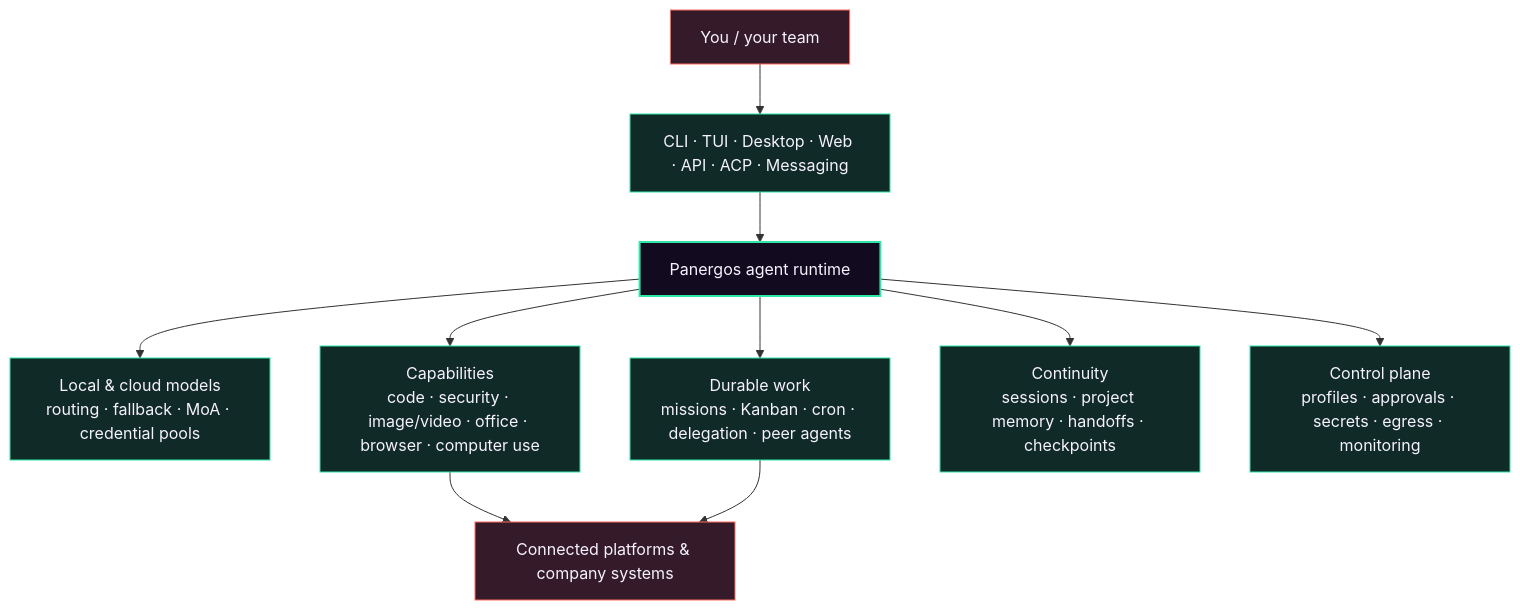
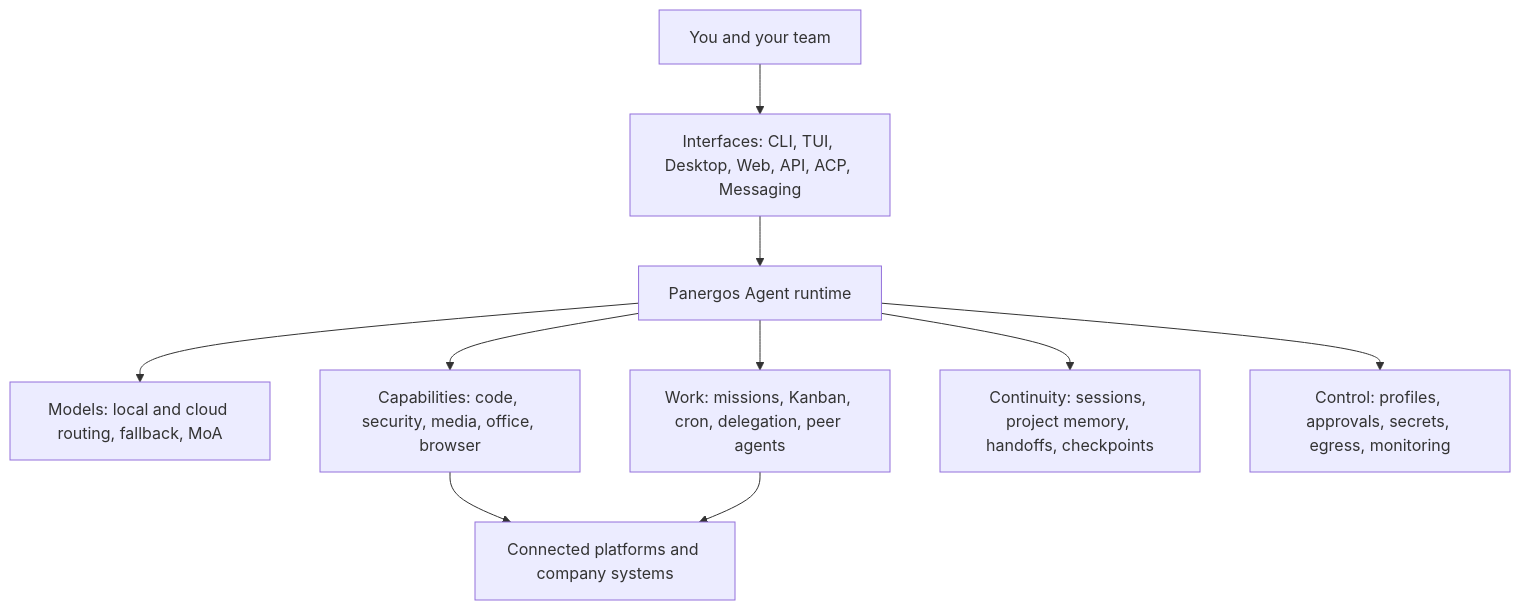
The diagram in README.md (khajaaijaz26/panergos-agent), drawn with Mermaid before and after one commit. The commit also changed other lines of this file and 152 other files, not shown here.

````diff
--- a/README.md
+++ b/README.md
@@ -259,19 +277,12 @@
 ```mermaid
-flowchart TB
-    U["You / your team"] --> S["CLI · TUI · Desktop · Web · API · ACP · Messaging"]
-    S --> R["Panergos agent runtime"]
-    R --> M["Local & cloud models<br/>routing · fallback · MoA · credential pools"]
-    R --> C["Capabilities<br/>code · security · image/video · office · browser · computer use"]
-    R --> D["Durable work<br/>missions · Kanban · cron · delegation · peer agents"]
-    R --> P["Continuity<br/>sessions · project memory · handoffs · checkpoints"]
-    R --> G["Control plane<br/>profiles · approvals · secrets · egress · monitoring"]
-    C --> X["Connected platforms & company systems"]
-    D --> X
-
-    classDef core fill:#120B1F,stroke:#2EE6A6,color:#F7F2FF,stroke-width:2px;
-    classDef branch fill:#102A27,stroke:#2EE6A6,color:#F7F2FF;
-    classDef edge fill:#351B2A,stroke:#FF6B5E,color:#F7F2FF;
-    class R core;
-    class S,M,C,D,P,G branch;
-    class U,X edge;
+flowchart TD
+    team["You and your team"] --> surfaces["Interfaces: CLI, TUI, Desktop, Web, API, ACP, Messaging"]
+    surfaces --> runtime["Panergos Agent runtime"]
+    runtime --> models["Models: local and cloud routing, fallback, MoA"]
+    runtime --> capabilities["Capabilities: code, security, media, office, browser"]
+    runtime --> work["Work: missions, Kanban, cron, delegation, peer agents"]
+    runtime --> memory["Continuity: sessions, project memory, handoffs, checkpoints"]
+    runtime --> control["Control: profiles, approvals, secrets, egress, monitoring"]
+    capabilities --> systems["Connected platforms and company systems"]
+    work --> systems
 ```
````
